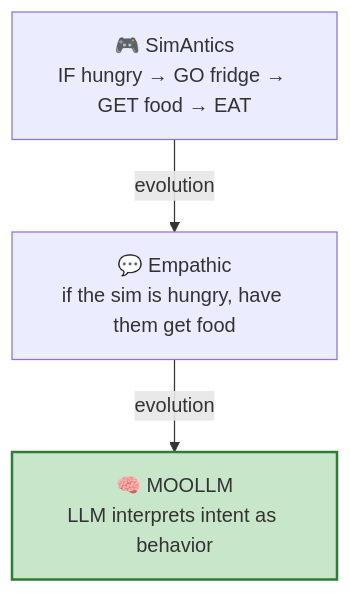
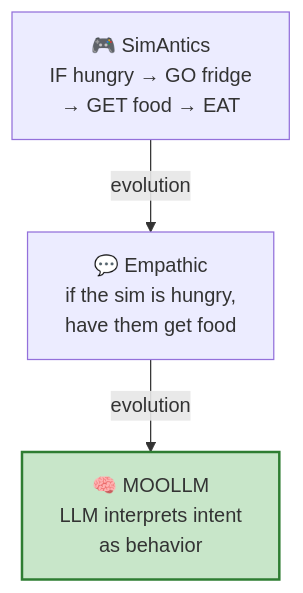
The fifth of 6 diagrams in designs/MOOLLM-EVAL-INCARNATE-FRAMEWORK.md (SimHacker/moollm), drawn with Mermaid before and after one commit. The commit also changed other lines of this file, not shown here.

First line of the commit message:
Move EVAL Game Genre Expansion to appendix, fix diagram labels

````diff
--- a/designs/MOOLLM-EVAL-INCARNATE-FRAMEWORK.md
+++ b/designs/MOOLLM-EVAL-INCARNATE-FRAMEWORK.md
@@ -557,10 +506,10 @@
 ```mermaid
 flowchart TD
-    SIM["🎮 SimAntics<br/>IF hungry → GO fridge → GET food → EAT"]
-    EMP["💬 Empathic<br/>if the sim is hungry, have them get food"]
-    MOO["🧠 MOOLLM<br/>LLM interprets intent as behavior"]
+    SIM["🎮 SimAntics<br>IF hungry → GO fridge<br>→ GET food → EAT"]
+    EMP["💬 Empathic<br>if the sim is hungry,<br>have them get food"]
+    MOO["🧠 MOOLLM<br>LLM interprets intent<br>as behavior"]
     
     SIM --> |"evolution"| EMP --> |"evolution"| MOO
     
     style MOO fill:#c8e6c9,stroke:#2e7d32,stroke-width:2px
 ```
````
